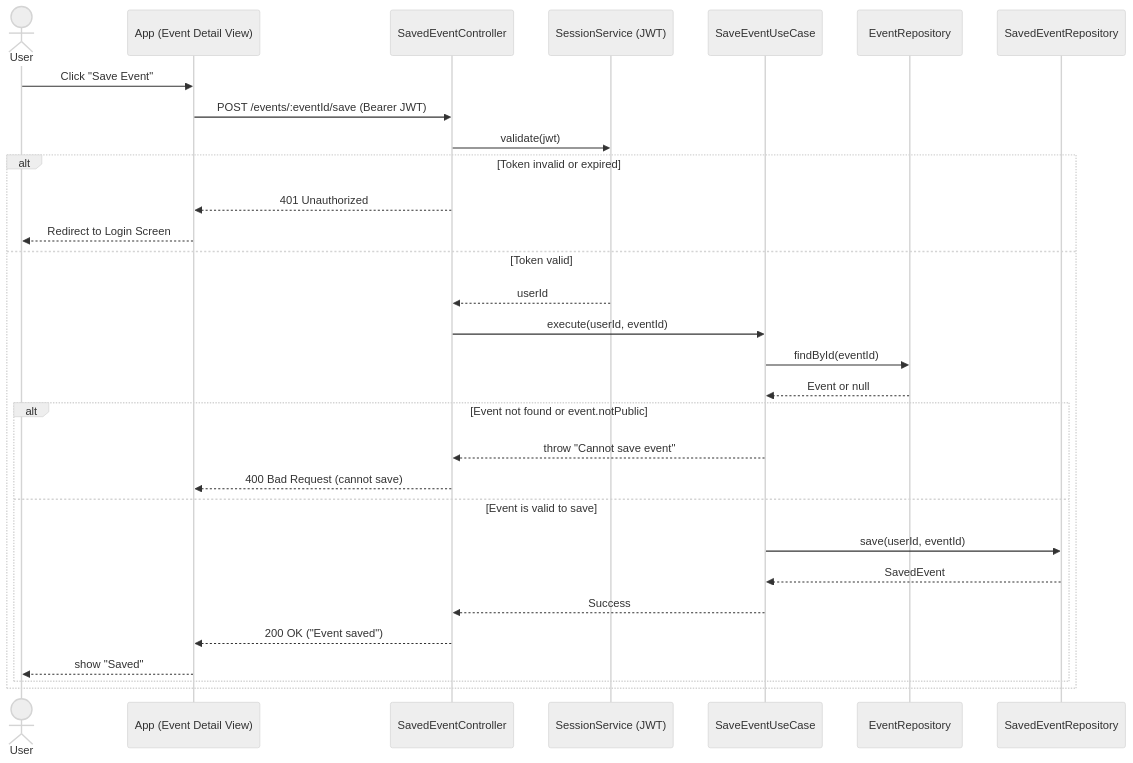
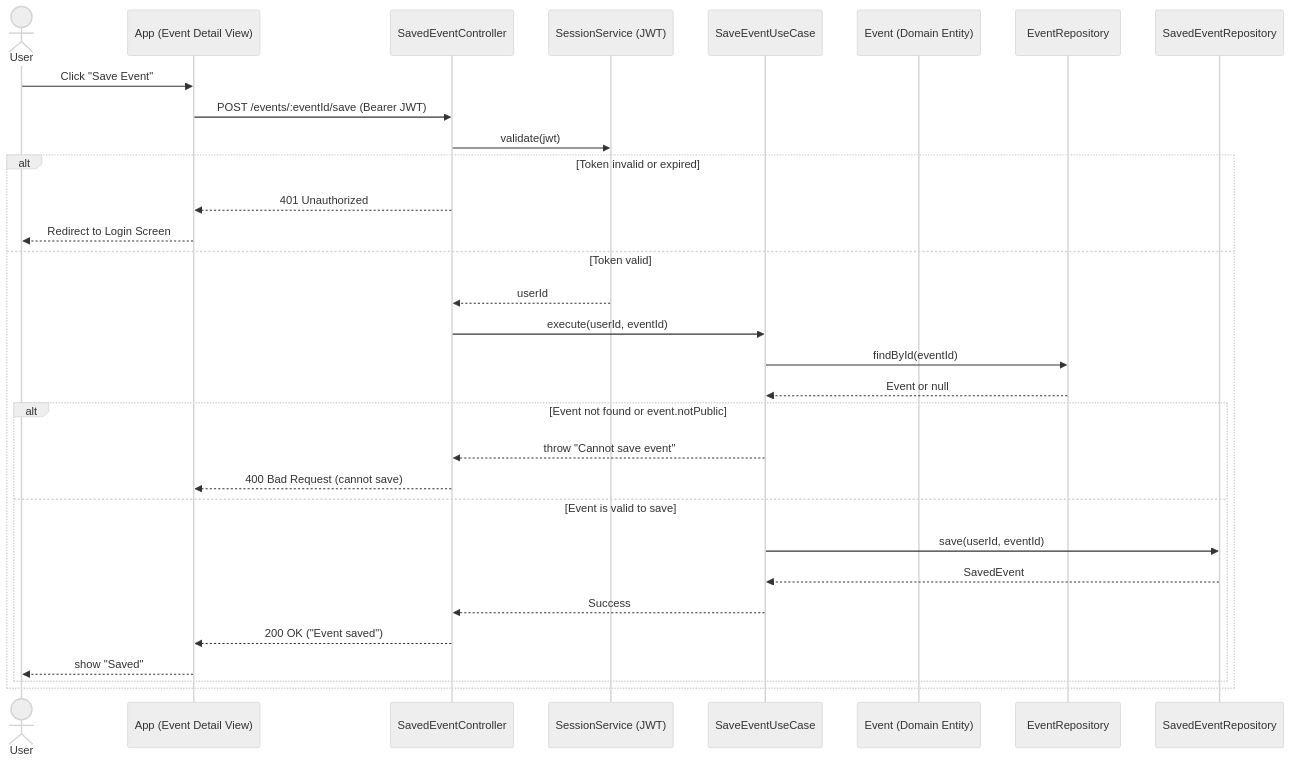
The second of 2 diagrams in docs/dashboard.md (Lenninssp/Cannin-Tickets), drawn with Mermaid (neutral theme) before and after one commit. The commit also changed 3 other files, not shown here.

````diff
--- a/docs/dashboard.md
+++ b/docs/dashboard.md
@@ -36,37 +36,37 @@
 ```mermaid
 sequenceDiagram
   actor User
   participant UI as App (Event Detail View)
   participant Controller as SavedEventController
   participant SessionService as SessionService (JWT)
   participant UseCase as SaveEventUseCase
+  participant EventEntity as Event (Domain Entity)
   participant EventRepo as EventRepository
   participant SavedRepo as SavedEventRepository
 
   User->>UI: Click "Save Event"
   UI->>Controller: POST /events/:eventId/save (Bearer JWT)
 
   Controller->>SessionService: validate(jwt)
   alt Token invalid or expired
       Controller-->>UI: 401 Unauthorized
       UI-->>User: Redirect to Login Screen
   else Token valid
       SessionService-->>Controller: userId
 
       Controller->>UseCase: execute(userId, eventId)
-
+      
       UseCase->>EventRepo: findById(eventId)
       EventRepo-->>UseCase: Event or null
-
       alt Event not found or event.notPublic
           UseCase-->>Controller: throw "Cannot save event"
           Controller-->>UI: 400 Bad Request (cannot save)
       else Event is valid to save
           UseCase->>SavedRepo: save(userId, eventId)
           SavedRepo-->>UseCase: SavedEvent
           UseCase-->>Controller: Success
           Controller-->>UI: 200 OK ("Event saved")
           UI-->>User: show "Saved"
       end
   end
 ```
````
